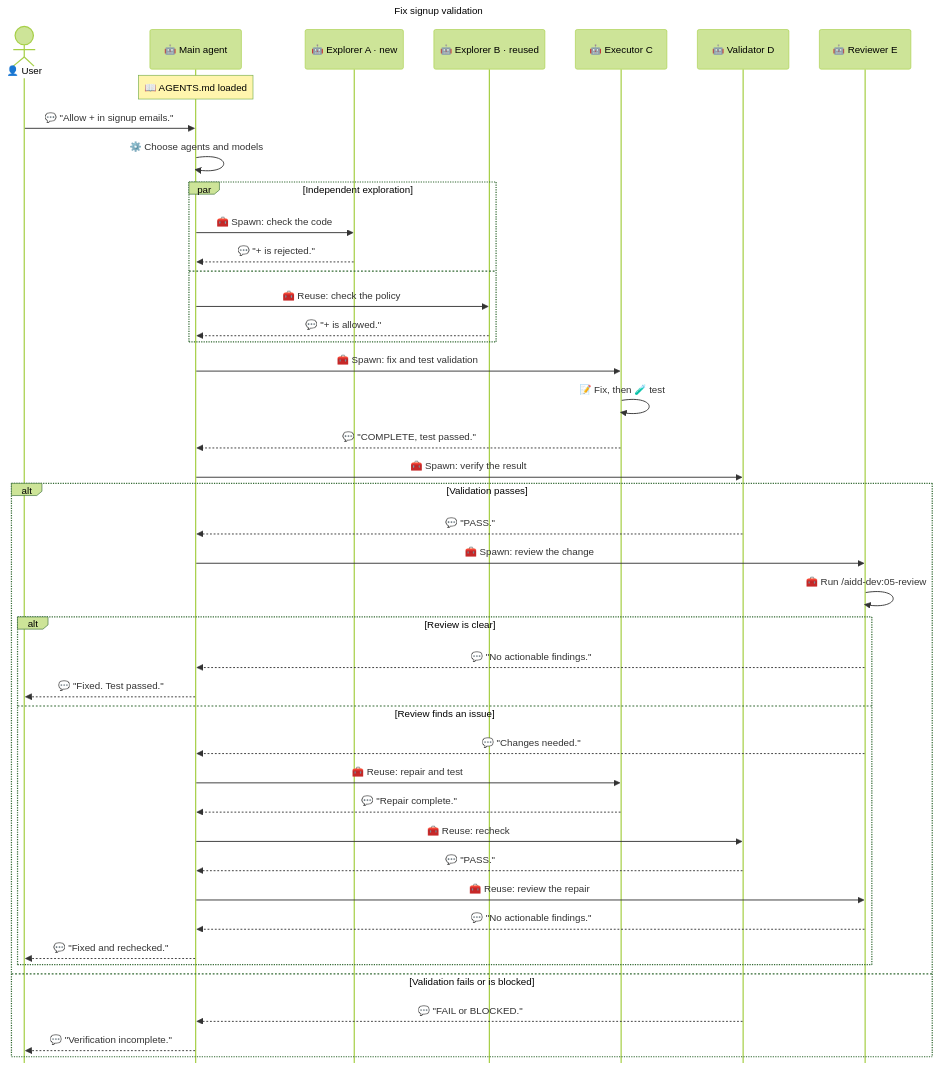
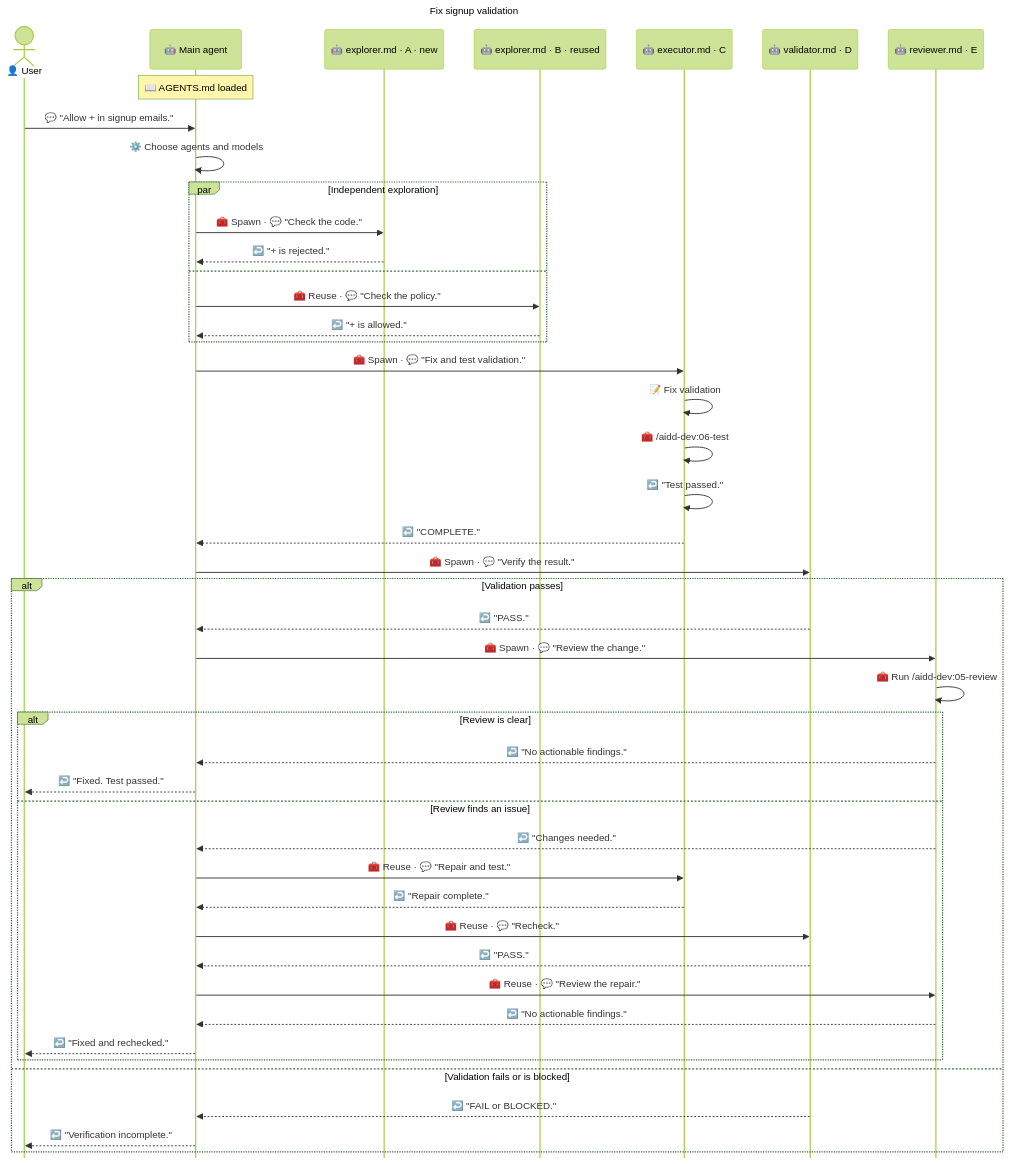
One commit to ai-driven-dev/framework changed the second of 2 diagrams in docs/SUBAGENTS.md. Above: the diagram before and after it, drawn with Mermaid (forest theme). The commit also changed other lines of this file, not shown here.

Commit message:
docs(aidd-orchestrator): clarify agent and skill calls

````diff
--- a/docs/SUBAGENTS.md
+++ b/docs/SUBAGENTS.md
@@ -63,52 +63,54 @@
 ```mermaid
 ---
 title: Fix signup validation
 config:
   sequence:
     mirrorActors: false
 ---
 sequenceDiagram
   actor User as 👤 User
   participant Main as 🤖 Main agent
-  participant ExplorerA as 🤖 Explorer A · new
-  participant ExplorerB as 🤖 Explorer B · reused
-  participant Executor as 🤖 Executor C
-  participant Validator as 🤖 Validator D
-  participant Reviewer as 🤖 Reviewer E
+  participant ExplorerA as 🤖 explorer.md · A · new
+  participant ExplorerB as 🤖 explorer.md · B · reused
+  participant Executor as 🤖 executor.md · C
+  participant Validator as 🤖 validator.md · D
+  participant Reviewer as 🤖 reviewer.md · E
 
   Note over Main: 📖 AGENTS.md loaded
   User->>Main: 💬 "Allow + in signup emails."
   Main->>Main: ⚙️ Choose agents and models
   par Independent exploration
-    Main->>ExplorerA: 🧰 Spawn: check the code
-    ExplorerA-->>Main: 💬 "+ is rejected."
+    Main->>ExplorerA: 🧰 Spawn · 💬 "Check the code."
+    ExplorerA-->>Main: ↩️ "+ is rejected."
   and
-    Main->>ExplorerB: 🧰 Reuse: check the policy
-    ExplorerB-->>Main: 💬 "+ is allowed."
+    Main->>ExplorerB: 🧰 Reuse · 💬 "Check the policy."
+    ExplorerB-->>Main: ↩️ "+ is allowed."
   end
-  Main->>Executor: 🧰 Spawn: fix and test validation
-  Executor->>Executor: 📝 Fix, then 🧪 test
-  Executor-->>Main: 💬 "COMPLETE, test passed."
-  Main->>Validator: 🧰 Spawn: verify the result
+  Main->>Executor: 🧰 Spawn · 💬 "Fix and test validation."
+  Executor->>Executor: 📝 Fix validation
+  Executor->>Executor: 🧰 /aidd-dev:06-test
+  Executor->>Executor: ↩️ "Test passed."
+  Executor-->>Main: ↩️ "COMPLETE."
+  Main->>Validator: 🧰 Spawn · 💬 "Verify the result."
   alt Validation passes
-    Validator-->>Main: 💬 "PASS."
-    Main->>Reviewer: 🧰 Spawn: review the change
+    Validator-->>Main: ↩️ "PASS."
+    Main->>Reviewer: 🧰 Spawn · 💬 "Review the change."
     Reviewer->>Reviewer: 🧰 Run /aidd-dev:05-review
     alt Review is clear
-      Reviewer-->>Main: 💬 "No actionable findings."
-      Main-->>User: 💬 "Fixed. Test passed."
+      Reviewer-->>Main: ↩️ "No actionable findings."
+      Main-->>User: ↩️ "Fixed. Test passed."
     else Review finds an issue
-      Reviewer-->>Main: 💬 "Changes needed."
-      Main->>Executor: 🧰 Reuse: repair and test
-      Executor-->>Main: 💬 "Repair complete."
-      Main->>Validator: 🧰 Reuse: recheck
-      Validator-->>Main: 💬 "PASS."
-      Main->>Reviewer: 🧰 Reuse: review the repair
-      Reviewer-->>Main: 💬 "No actionable findings."
-      Main-->>User: 💬 "Fixed and rechecked."
+      Reviewer-->>Main: ↩️ "Changes needed."
+      Main->>Executor: 🧰 Reuse · 💬 "Repair and test."
+      Executor-->>Main: ↩️ "Repair complete."
+      Main->>Validator: 🧰 Reuse · 💬 "Recheck."
+      Validator-->>Main: ↩️ "PASS."
+      Main->>Reviewer: 🧰 Reuse · 💬 "Review the repair."
+      Reviewer-->>Main: ↩️ "No actionable findings."
+      Main-->>User: ↩️ "Fixed and rechecked."
     end
   else Validation fails or is blocked
-    Validator-->>Main: 💬 "FAIL or BLOCKED."
-    Main-->>User: 💬 "Verification incomplete."
+    Validator-->>Main: ↩️ "FAIL or BLOCKED."
+    Main-->>User: ↩️ "Verification incomplete."
   end
 ```
````
